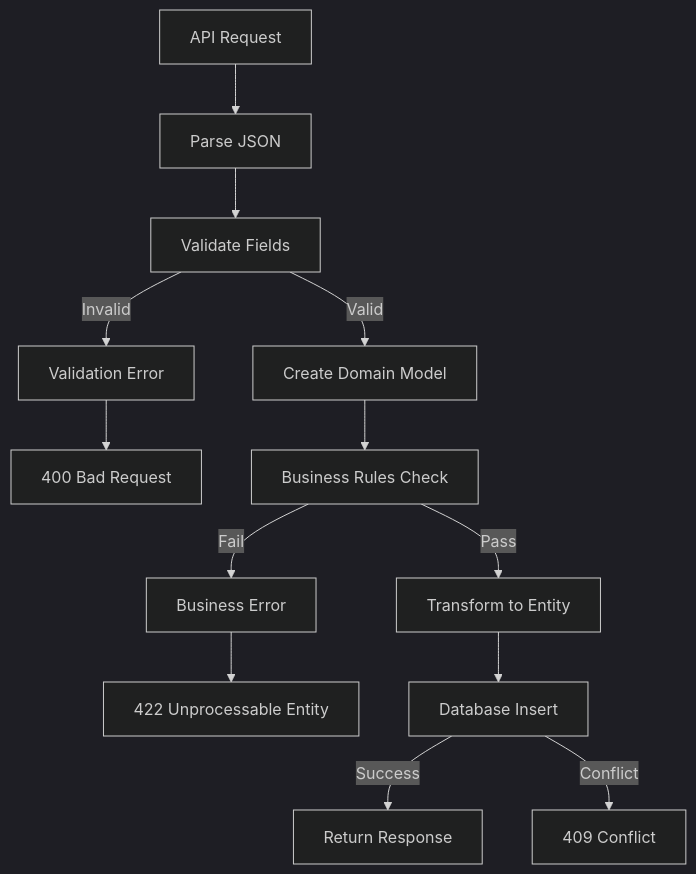
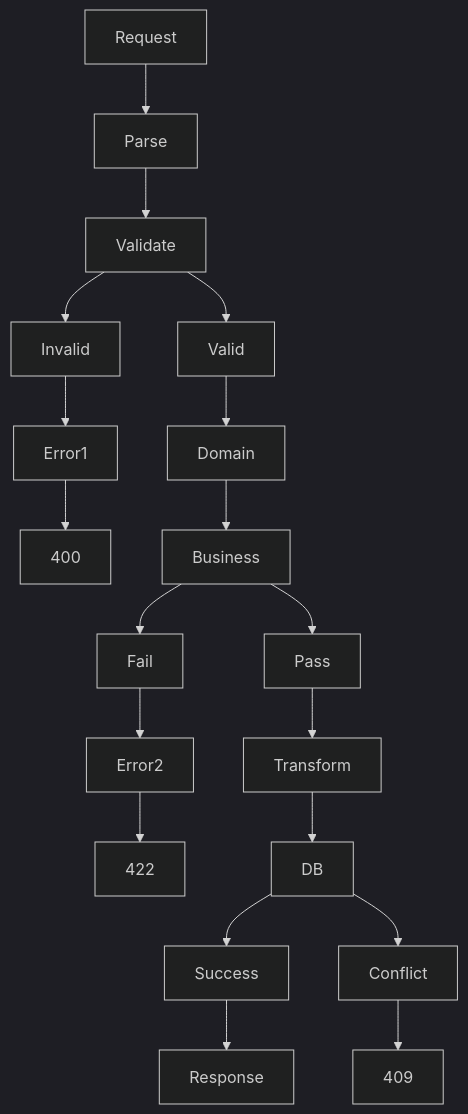
Before and after one commit to doitsu2014/crypto-pocket-butler: the eighth of 17 diagrams in docs/architecture/01-architecture-design.md, drawn with Mermaid (dark theme). The commit also changed other lines of this file, not shown here.

Commit message:
docs: Fix Mermaid syntax errors for GitHub compatibility

````diff
--- a/docs/architecture/01-architecture-design.md
+++ b/docs/architecture/01-architecture-design.md
@@ -329,17 +224,21 @@
 ```mermaid
 graph TD
-    Request[API Request] --> Parse[Parse JSON]
-    Parse --> Validate[Validate Fields]
-    Validate -->|Valid| Domain[Create Domain Model]
-    Validate -->|Invalid| Error[Validation Error]
-    Error --> 400[400 Bad Request]
-    
-    Domain --> Business[Business Rules Check]
-    Business -->|Pass| Transform[Transform to Entity]
-    Business -->|Fail| Error2[Business Error]
-    Error2 --> 422[422 Unprocessable Entity]
-    
-    Transform --> DB[Database Insert]
-    DB -->|Success| Response[Return Response]
-    DB -->|Conflict| 409[409 Conflict]
+    Request --> Parse
+    Parse --> Validate
+    Validate --> Valid
+    Valid --> Domain
+    Domain --> Business
+    Business --> Pass
+    Pass --> Transform
+    Transform --> DB
+    DB --> Success
+    Validate --> Invalid
+    Invalid --> Error1
+    Business --> Fail
+    Fail --> Error2
+    DB --> Conflict
+    Error1 --> 400
+    Error2 --> 422
+    Conflict --> 409
+    Success --> Response
 ```
````
